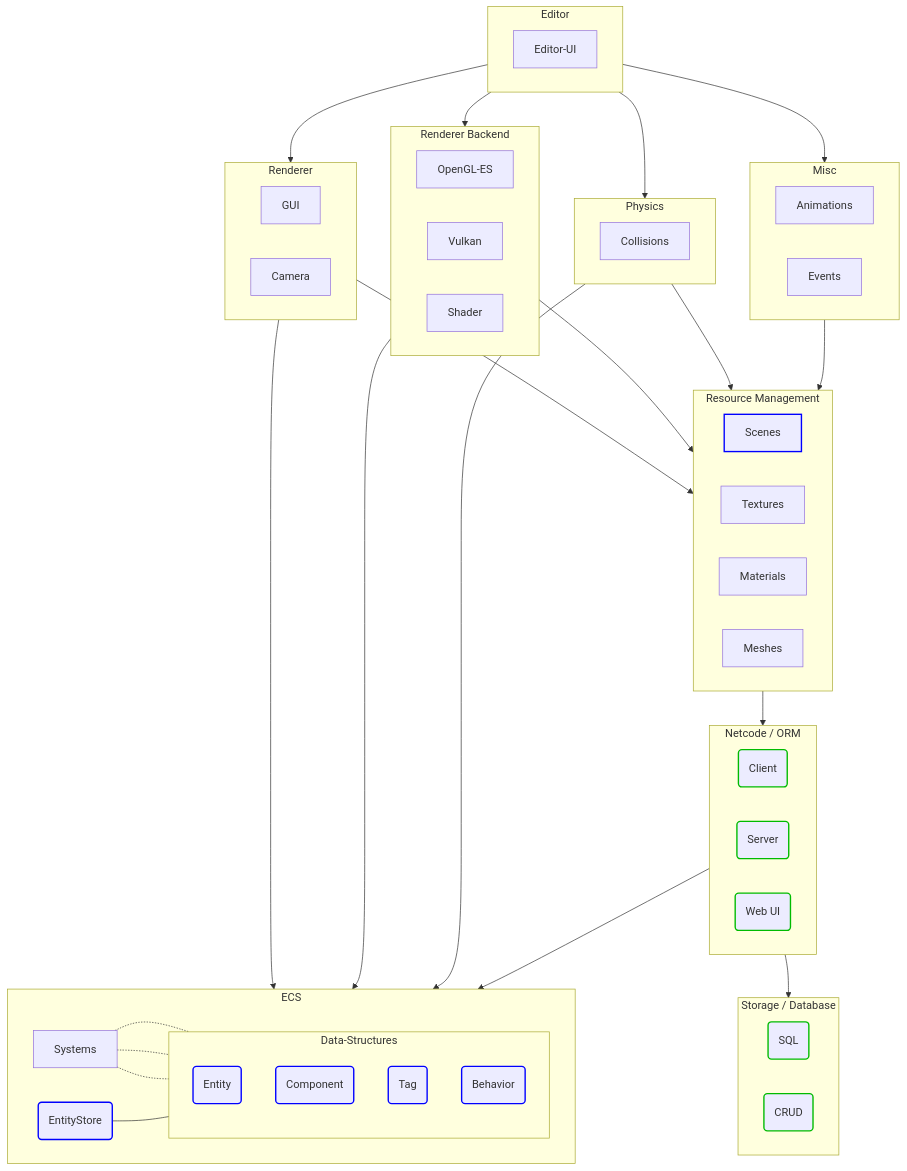
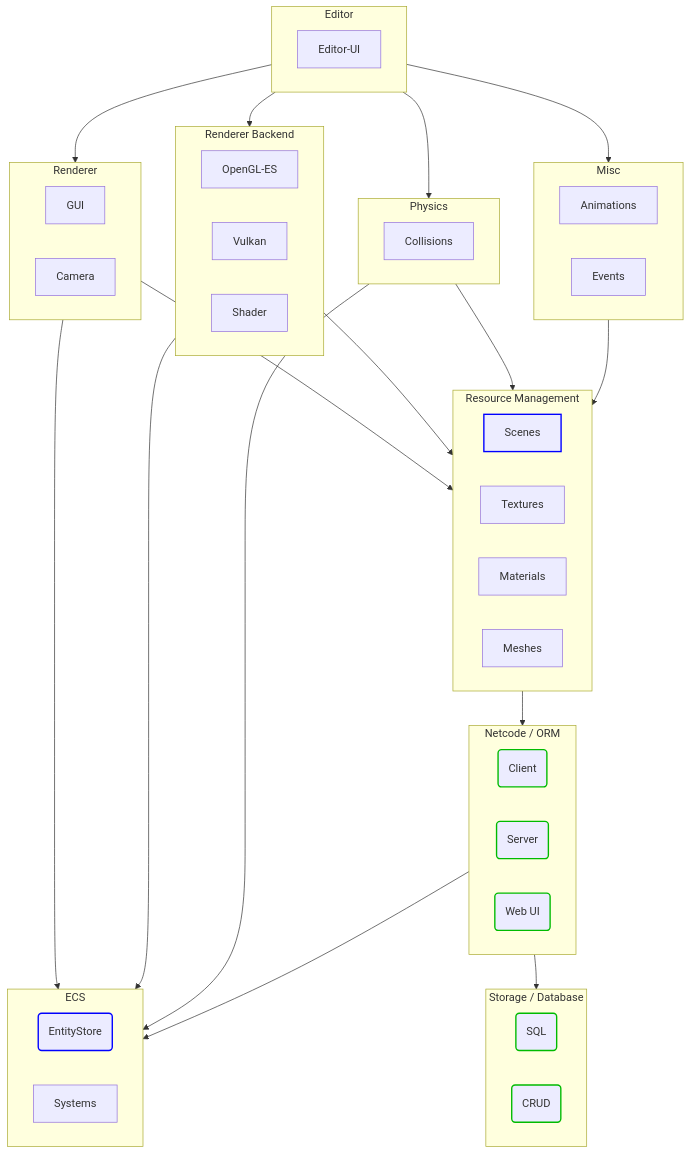
The first of 3 diagrams in Engine/README.md (friflo/Friflo.Json.Fliox), drawn with Mermaid before and after one commit.

Commit message:
Engine - update architecture diagram

```diff
--- a/Engine/README.md
+++ b/Engine/README.md
@@ -74,20 +74,6 @@
     subgraph ECS;
         EntityStore(EntityStore):::implemented
         Systems
-
-        subgraph Data-Structures;
-        direction TB;
-            Entity(Entity):::implemented
-            Component(Component):::implemented
-            Tag(Tag):::implemented
-            Behavior(Behavior):::implemented
-        end
-
-        EntityStore  --- Data-Structures
-
-        Systems      -.- Entity
-        Systems      -.- Component
-        Systems      -.- Tag
     end
 
     Editor      -->Renderer
```
